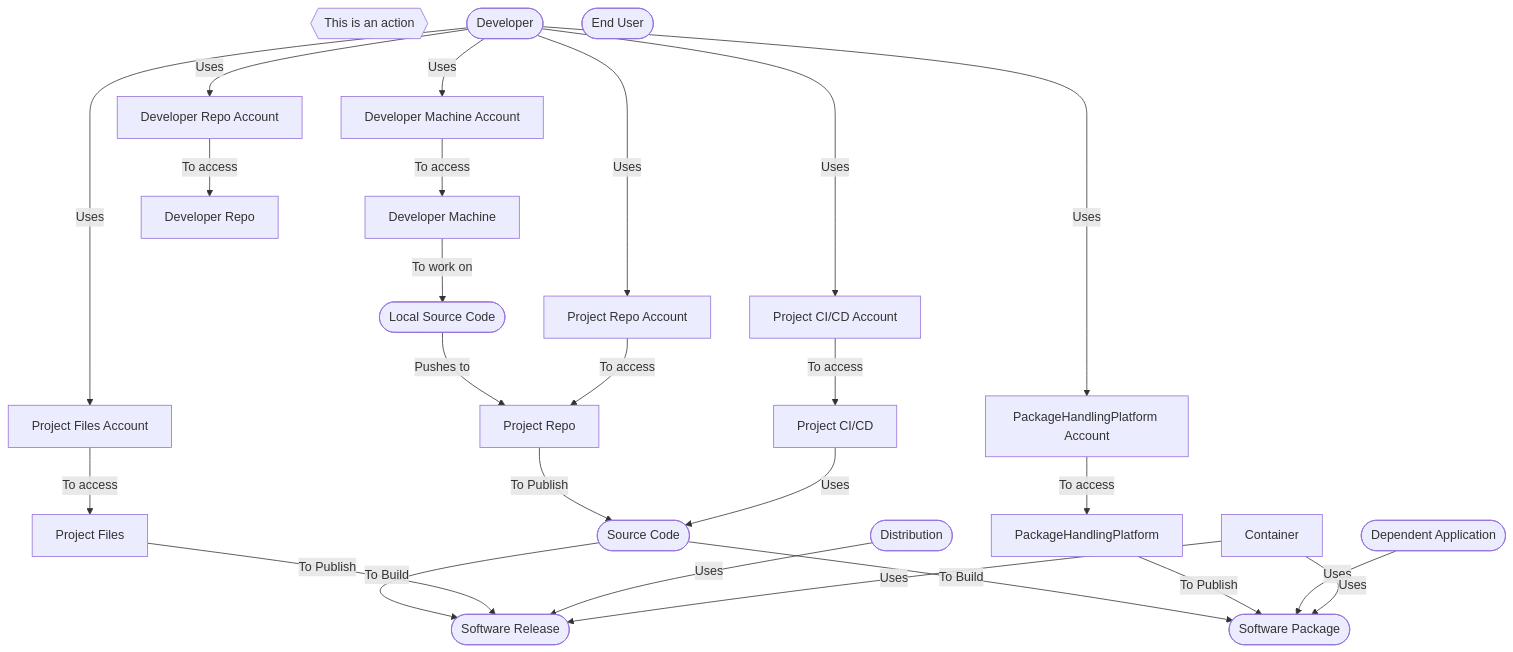
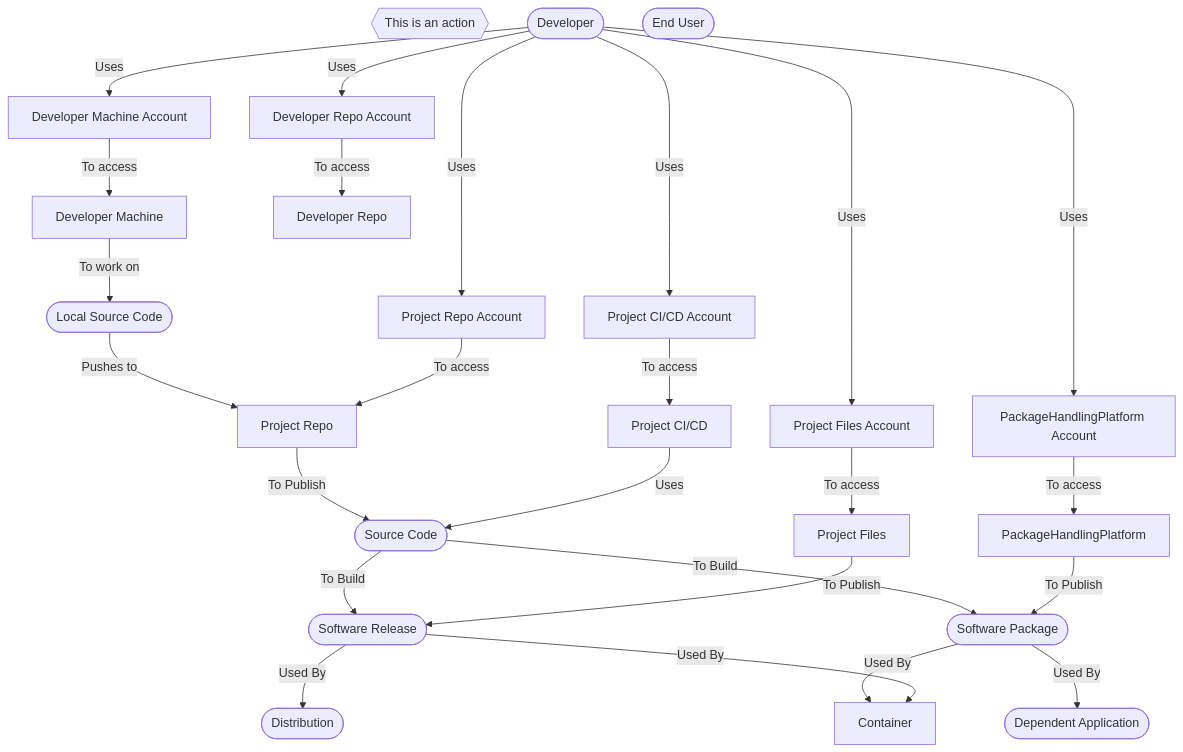
Before and after one commit to MrMoshkovitz/threat-modelling: the diagram in models/opensource/basic-workflow.md, drawn with Mermaid.

Commit message:
Fixed arrows

````diff
--- a/models/opensource/basic-workflow.md
+++ b/models/opensource/basic-workflow.md
@@ -1,48 +1,48 @@
 ```mermaid
 flowchart TD
 
   This_is_an_action{{This is an action}}
   
   %% People and outcomes
   Developer([Developer])
   EndUser([End User])
   LocalSourceCode([Local Source Code])
   SourceCode([Source Code])
   SoftwareRelease([Software Release])
   SoftwarePackage([Software Package])
   DependentApp([Dependent Application])
   Distribution([Distribution])
   
 
   %% Components
   DevMachine[Developer Machine]
   DevMachineAccount[Developer Machine Account]
   
   DevRepo[Developer Repo]
   DevRepoAccount[Developer Repo Account]
   
   ProjectRepo[Project Repo]
   ProjectRepoAccount[Project Repo Account]
   
   ProjectCICD[Project CI/CD]
   ProjectCICDAccount[Project CI/CD Account]
   
   ProjectFiles[Project Files]
   ProjectFilesAccount[Project Files Account]
   
   PackageHandlingPlatform[PackageHandlingPlatform]
   PackageHandlingPlatformAccount[PackageHandlingPlatform Account]
   
   %% Landscape
   
   Developer-- Uses -->DevMachineAccount-- To access -->DevMachine-- To work on-->LocalSourceCode-- Pushes to -->ProjectRepo
   Developer-- Uses -->DevRepoAccount-- To access -->DevRepo
   Developer-- Uses -->ProjectRepoAccount-- To access -->ProjectRepo-- To Publish -->SourceCode
   Developer-- Uses -->ProjectCICDAccount-- To access -->ProjectCICD-- Uses -->SourceCode-- To Build -->SoftwareRelease & SoftwarePackage
   Developer-- Uses -->ProjectFilesAccount-- To access -->ProjectFiles-- To Publish -->SoftwareRelease
   Developer-- Uses -->PackageHandlingPlatformAccount-- To access -->PackageHandlingPlatform-- To Publish -->SoftwarePackage
-  DependentApp-- Uses -->SoftwarePackage
-  Distribution-- Uses -->SoftwareRelease
-  Container-- Uses -->SoftwarePackage & SoftwareRelease
+  SoftwarePackage-- Used By -->DependentApp
+  SoftwareRelease-- Used By -->Distribution
+  SoftwarePackage & SoftwareRelease-- Used By -->Container
   
 ```
````
